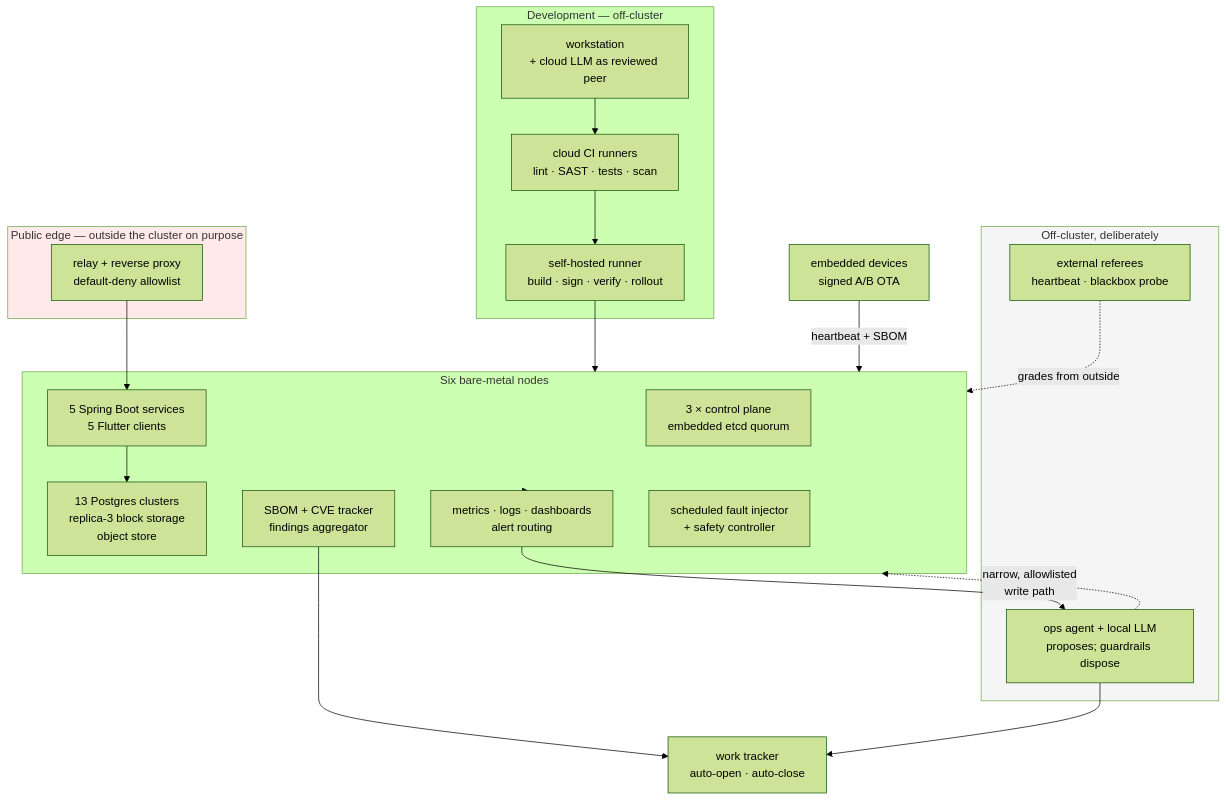
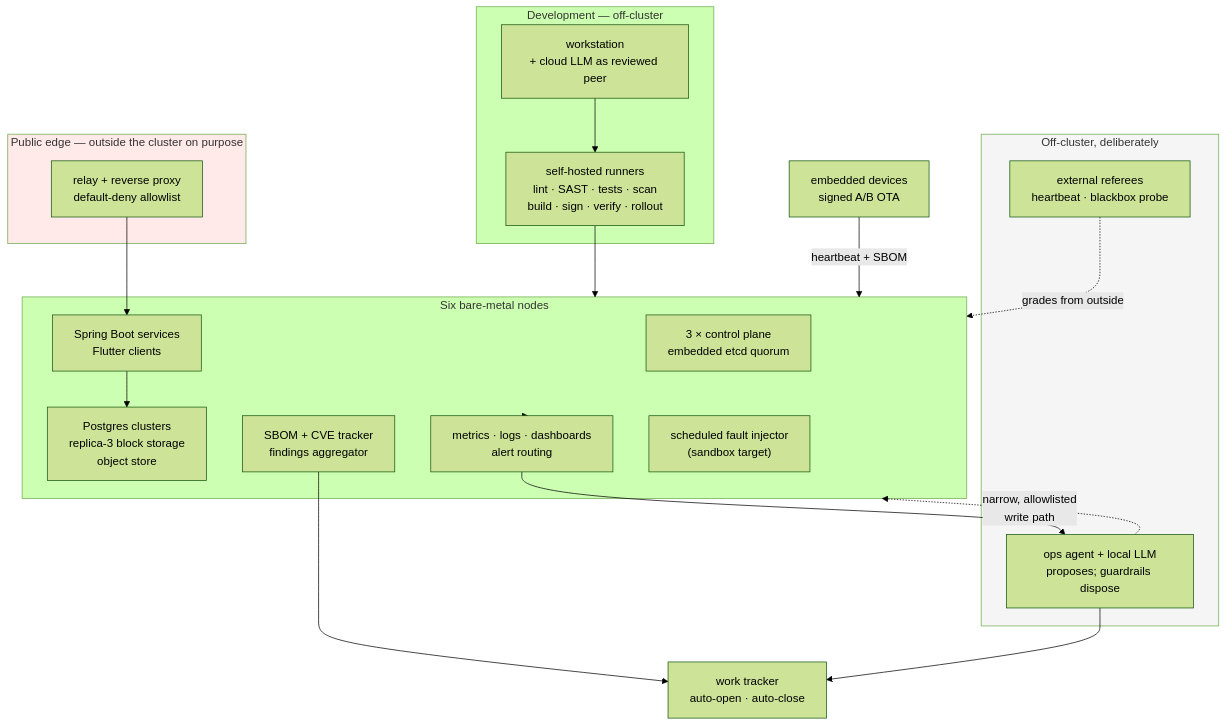
Before and after one commit to schultzzznet/schultzzznet: the diagram in docs/index.md, drawn with Mermaid (forest theme). The commit also changed other lines of this file and 13 other files, not shown here.

````diff
--- a/docs/index.md
+++ b/docs/index.md
@@ -208,42 +194,41 @@
 ```mermaid
 flowchart TB
   subgraph DEV["Development — off-cluster"]
     WS["workstation<br/>+ cloud LLM as reviewed peer"]
-    CI["cloud CI runners<br/>lint · SAST · tests · scan"]
-    RUN["self-hosted runner<br/>build · sign · verify · rollout"]
+    CI["self-hosted runners<br/>lint · SAST · tests · scan<br/>build · sign · verify · rollout"]
   end
 
   subgraph EDGE["Public edge — outside the cluster on purpose"]
     FUN["relay + reverse proxy<br/>default-deny allowlist"]
   end
 
   subgraph K3S["Six bare-metal nodes"]
     CP["3 × control plane<br/>embedded etcd quorum"]
-    APPS["5 Spring Boot services<br/>5 Flutter clients"]
-    DATA["13 Postgres clusters<br/>replica-3 block storage<br/>object store"]
+    APPS["Spring Boot services<br/>Flutter clients"]
+    DATA["Postgres clusters<br/>replica-3 block storage<br/>object store"]
     OBS["metrics · logs · dashboards<br/>alert routing"]
     SEC["SBOM + CVE tracker<br/>findings aggregator"]
-    CHAOS["scheduled fault injector<br/>+ safety controller"]
+    CHAOS["scheduled fault injector<br/>(sandbox target)"]
   end
 
   subgraph OFF["Off-cluster, deliberately"]
     AGENT["ops agent + local LLM<br/>proposes; guardrails dispose"]
     REF["external referees<br/>heartbeat · blackbox probe"]
   end
 
   DEV_DEVICES["embedded devices<br/>signed A/B OTA"]
 
-  WS --> CI --> RUN --> K3S
+  WS --> CI --> K3S
   FUN --> APPS
   DEV_DEVICES -->|"heartbeat + SBOM"| K3S
   APPS --> DATA
   K3S --> OBS
   OBS --> AGENT
   SEC --> TRACK["work tracker<br/>auto-open · auto-close"]
   AGENT --> TRACK
   AGENT -.->|"narrow, allowlisted<br/>write path"| K3S
   REF -.->|"grades from outside"| K3S
 
   style OFF fill:#f5f5f5
   style EDGE fill:#ffe9e9
 ```
````
